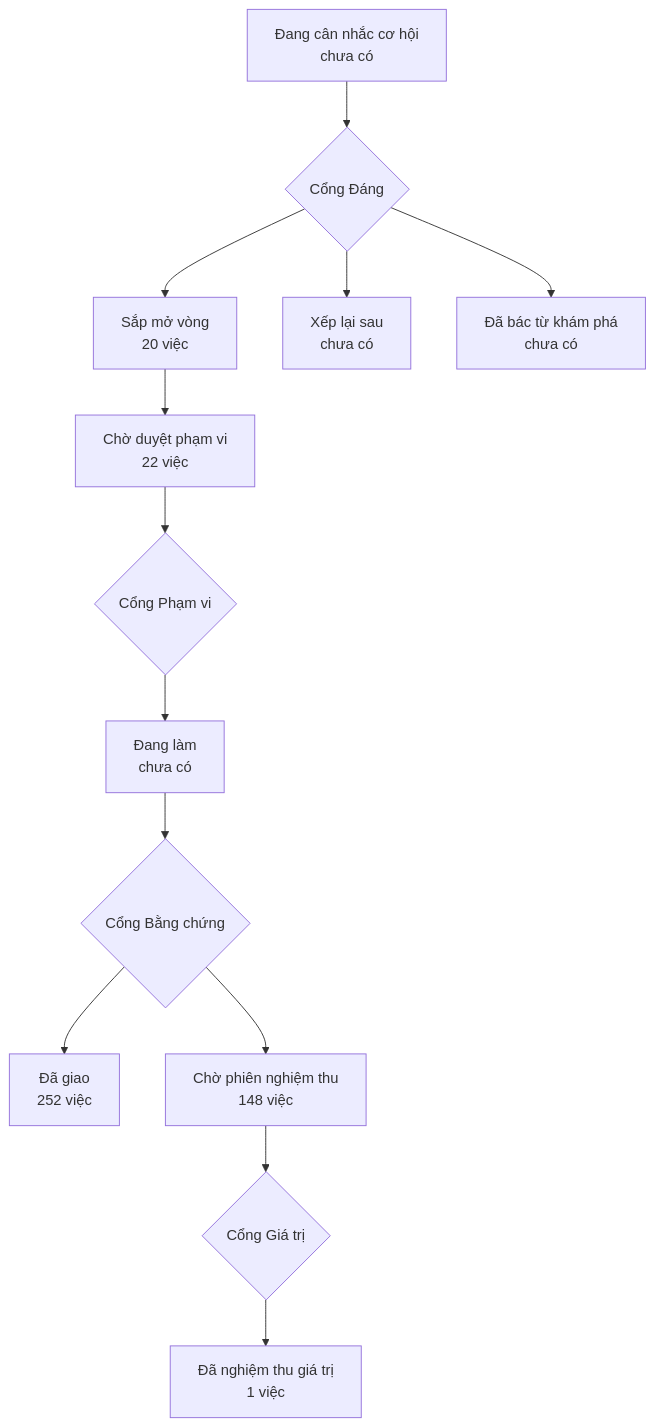
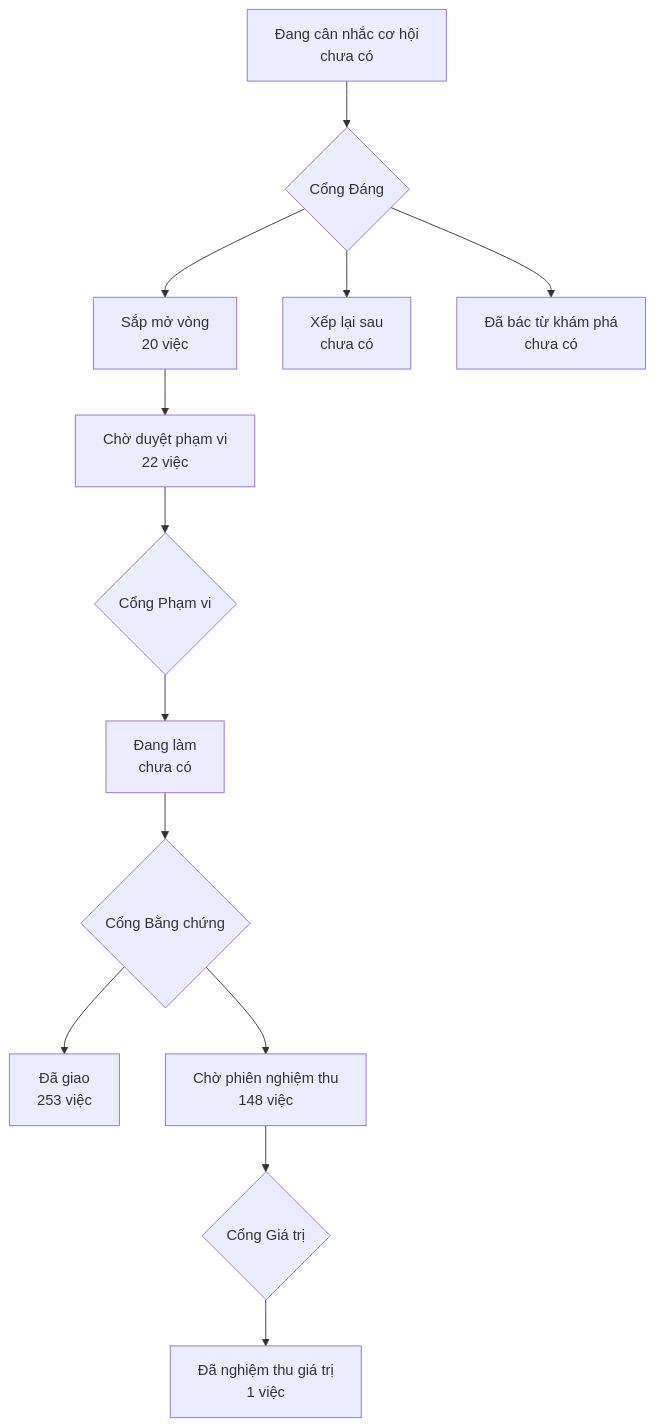
One commit to phanlemanh/onehub-invest changed the diagram in PRODUCT-MAP.md. Above: the diagram before and after it, drawn with Mermaid. The commit also changed other lines of this file and 66 other files, not shown here.

````diff
--- a/PRODUCT-MAP.md
+++ b/PRODUCT-MAP.md
@@ -7,12 +7,12 @@
 ```mermaid
 flowchart TD
   A["Đang cân nhắc cơ hội<br/>chưa có"] --> GD{"Cổng Đáng"}
   GD --> B["Sắp mở vòng<br/>20 việc"]
   GD --> XL["Xếp lại sau<br/>chưa có"]
   GD --> DB["Đã bác từ khám phá<br/>chưa có"]
   B --> CD["Chờ duyệt phạm vi<br/>22 việc"] --> GP{"Cổng Phạm vi"}
   GP --> DL["Đang làm<br/>chưa có"] --> GB{"Cổng Bằng chứng"}
-  GB --> DG["Đã giao<br/>252 việc"]
+  GB --> DG["Đã giao<br/>253 việc"]
   GB --> CN["Chờ phiên nghiệm thu<br/>148 việc"] --> GG{"Cổng Giá trị"}
   GG --> NT["Đã nghiệm thu giá trị<br/>1 việc"]
 ```
````
